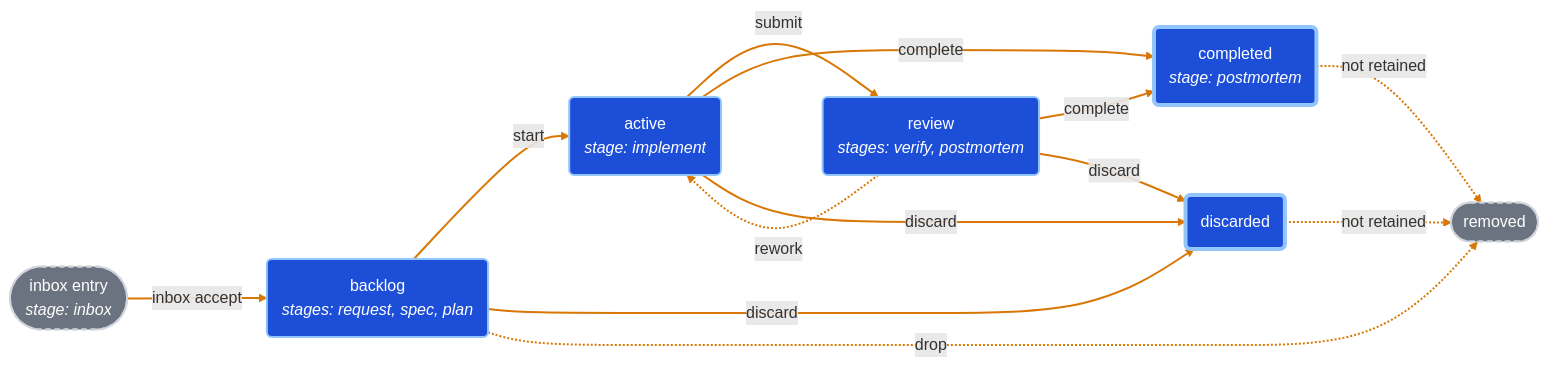
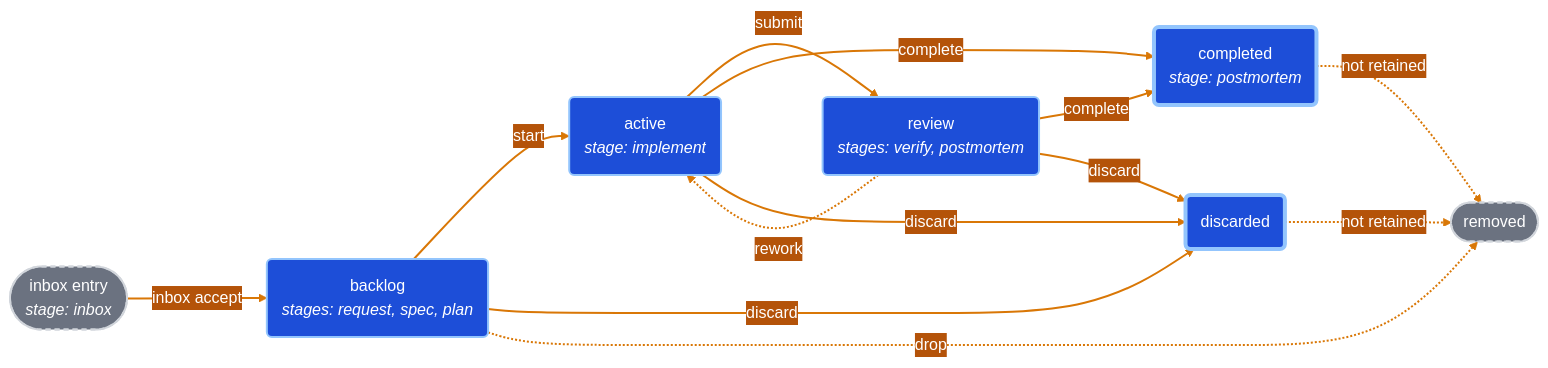
Before and after one commit to brocef/TCW: the diagram in README.md, drawn with Mermaid.

Commit message:
docs(readme): style the lifecycle diagram's transition labels

````diff
--- a/README.md
+++ b/README.md
@@ -433,28 +433,29 @@
 ```mermaid
+%%{init: {"themeVariables": {"edgeLabelBackground": "#b45309", "textColor": "#ffffff"}}}%%
 flowchart LR
     inbox(["inbox entry<br/><i>stage: inbox</i>"]):::outside
     backlog("backlog<br/><i>stages: request, spec, plan</i>"):::status
     active("active<br/><i>stage: implement</i>"):::status
     review("review<br/><i>stages: verify, postmortem</i>"):::status
     completed("completed<br/><i>stage: postmortem</i>"):::terminal
     discarded("discarded"):::terminal
     removed(["removed"]):::outside
 
     inbox -->|inbox accept| backlog
     backlog -->|start| active
     active -->|submit| review
     review -.->|rework| active
     active -->|complete| completed
     review -->|complete| completed
     backlog -->|discard| discarded
     active -->|discard| discarded
     review -->|discard| discarded
     backlog -.->|drop| removed
     completed -.->|not retained| removed
     discarded -.->|not retained| removed
 
     classDef status fill:#1d4ed8,stroke:#93c5fd,stroke-width:2px,color:#ffffff
     classDef terminal fill:#1d4ed8,stroke:#93c5fd,stroke-width:4px,color:#ffffff
     classDef outside fill:#6b7280,stroke:#d1d5db,stroke-width:2px,stroke-dasharray:5 4,color:#ffffff
     linkStyle default stroke:#d97706,stroke-width:2px
 ```
````
